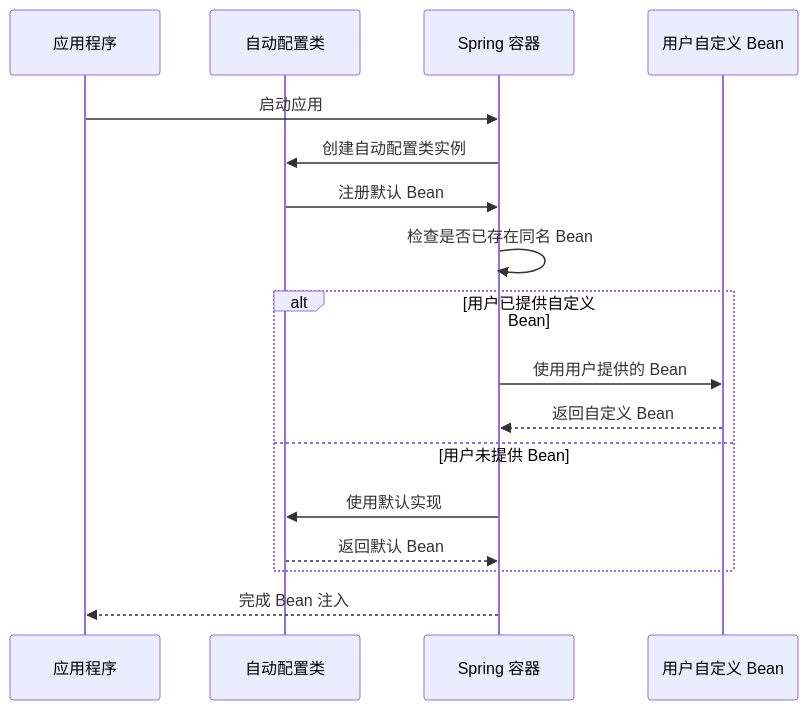
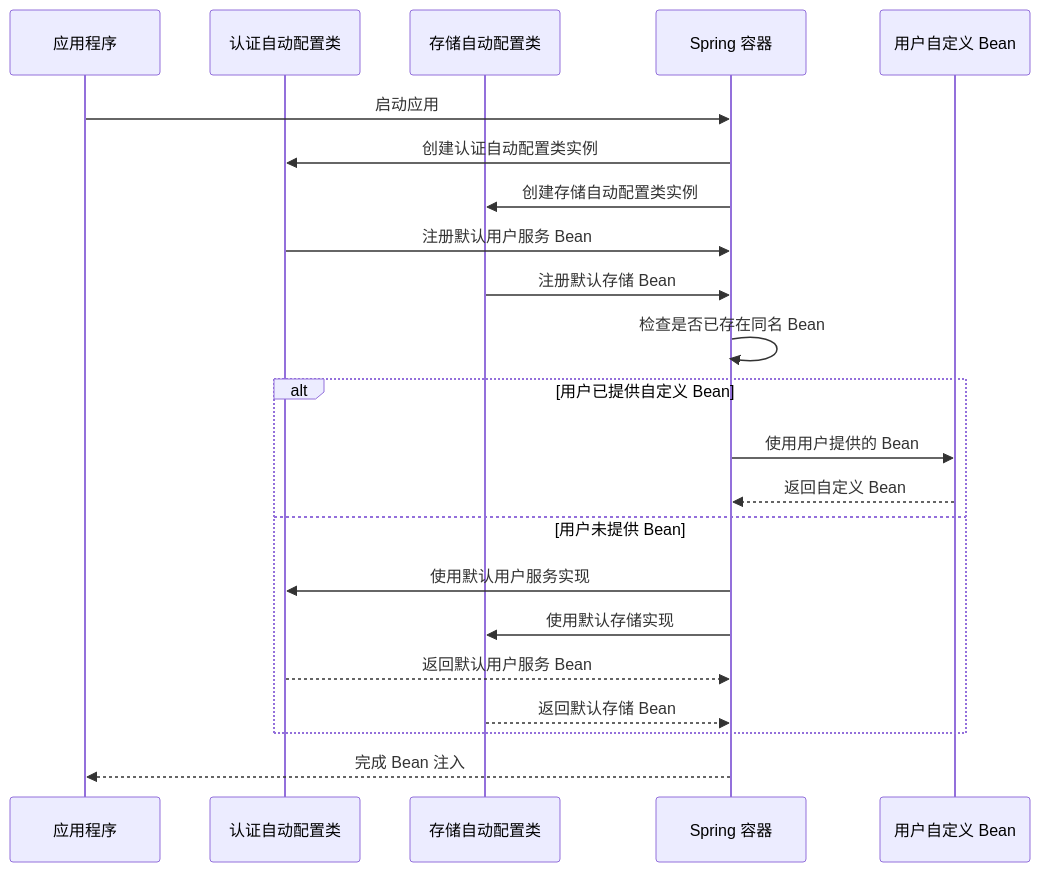
One commit to hutengqi/molly changed the sixth of 13 diagrams in .qoder/repowiki/zh/content/扩展点和自定义.md. Above: the diagram before and after it, drawn with Mermaid. The commit also changed other lines of this file and 3 other files, not shown here.

````diff
--- a/.qoder/repowiki/zh/content/扩展点和自定义.md
+++ b/.qoder/repowiki/zh/content/扩展点和自定义.md
@@ -162,19 +256,24 @@
 ```mermaid
 sequenceDiagram
 participant App as 应用程序
-participant AutoConfig as 自动配置类
+participant AuthAutoConfig as 认证自动配置类
+participant OssAutoConfig as 存储自动配置类
 participant Spring as Spring 容器
 participant UserBean as 用户自定义 Bean
 App->>Spring : 启动应用
-Spring->>AutoConfig : 创建自动配置类实例
-AutoConfig->>Spring : 注册默认 Bean
+Spring->>AuthAutoConfig : 创建认证自动配置类实例
+Spring->>OssAutoConfig : 创建存储自动配置类实例
+AuthAutoConfig->>Spring : 注册默认用户服务 Bean
+OssAutoConfig->>Spring : 注册默认存储 Bean
 Spring->>Spring : 检查是否已存在同名 Bean
 alt 用户已提供自定义 Bean
 Spring->>UserBean : 使用用户提供的 Bean
 UserBean-->>Spring : 返回自定义 Bean
 else 用户未提供 Bean
-Spring->>AutoConfig : 使用默认实现
-AutoConfig-->>Spring : 返回默认 Bean
+Spring->>AuthAutoConfig : 使用默认用户服务实现
+Spring->>OssAutoConfig : 使用默认存储实现
+AuthAutoConfig-->>Spring : 返回默认用户服务 Bean
+OssAutoConfig-->>Spring : 返回默认存储 Bean
 end
 Spring-->>App : 完成 Bean 注入
 ```
````
